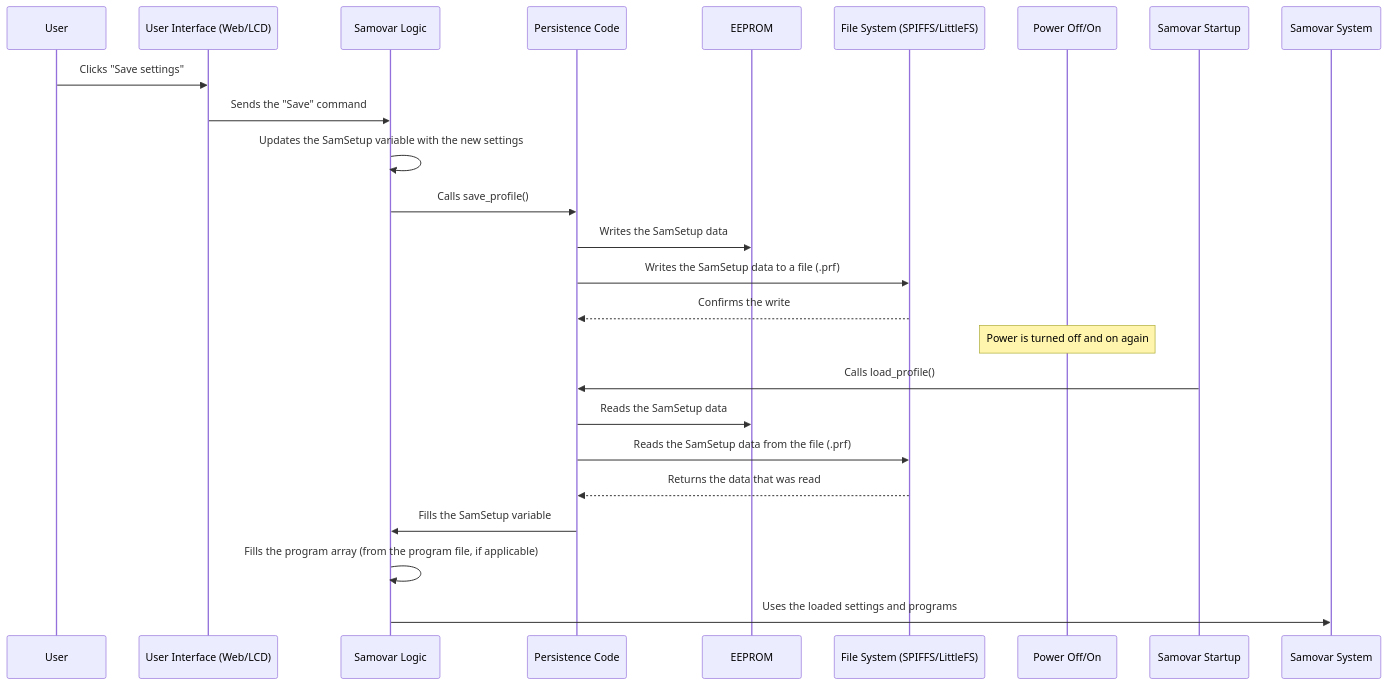
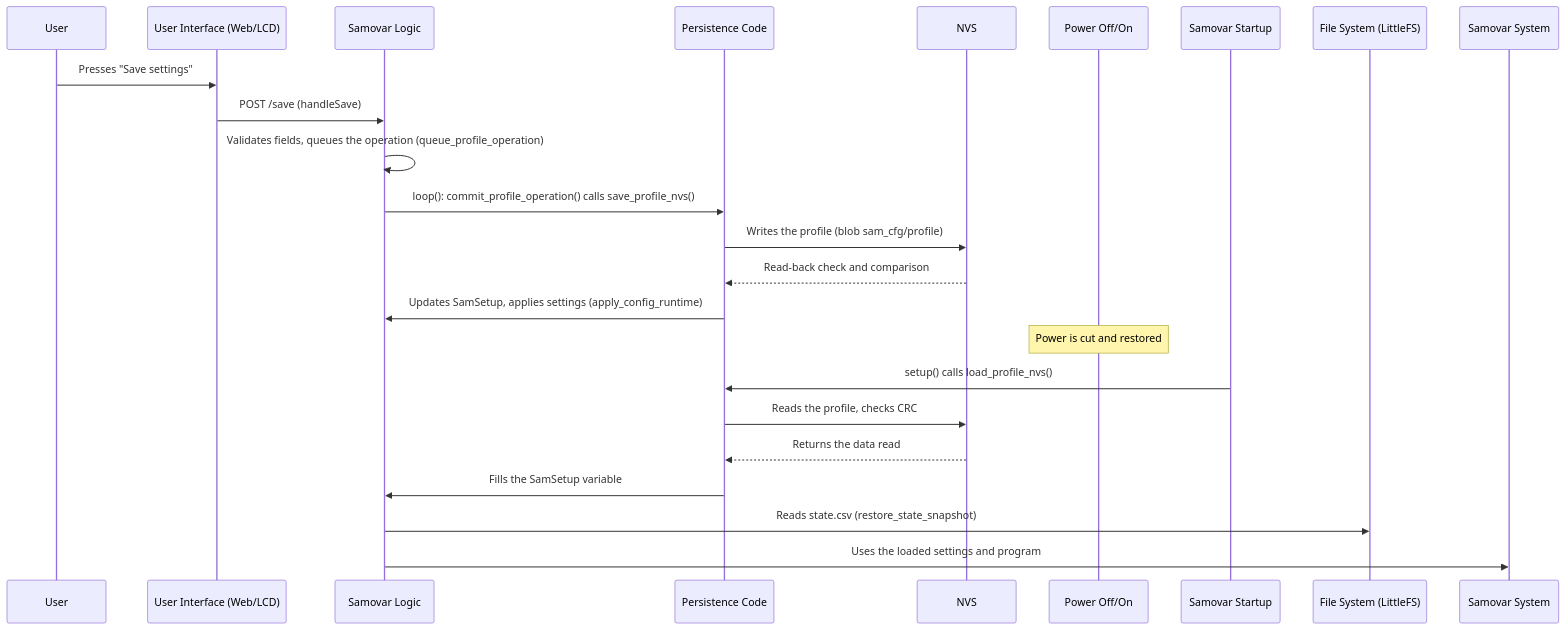
One commit to LKosoj/Samovar changed the diagram in doc/en/07_configuration_persistence_.md. Above: the diagram before and after it, drawn with Mermaid. The commit also changed other lines of this file and 35 other files, not shown here.

First line of the commit message:
Уточнение документации, схемы UI и тестов интерфейса

````diff
--- a/doc/en/07_configuration_persistence_.md
+++ b/doc/en/07_configuration_persistence_.md
@@ -85,20 +82,19 @@
 ```mermaid
 sequenceDiagram
-    User->>User Interface (Web/LCD): Clicks "Save settings"
-    User Interface (Web/LCD)->>Samovar Logic: Sends the "Save" command
-    Samovar Logic->>Samovar Logic: Updates the SamSetup variable with the new settings
-    Samovar Logic->>Persistence Code: Calls save_profile()
-    Persistence Code->>EEPROM: Writes the SamSetup data
-    Persistence Code->>File System (SPIFFS/LittleFS): Writes the SamSetup data to a file (.prf)
-    File System (SPIFFS/LittleFS)-->>Persistence Code: Confirms the write
+    User->>User Interface (Web/LCD): Presses "Save settings"
+    User Interface (Web/LCD)->>Samovar Logic: POST /save (handleSave)
+    Samovar Logic->>Samovar Logic: Validates fields, queues the operation (queue_profile_operation)
+    Samovar Logic->>Persistence Code: loop(): commit_profile_operation() calls save_profile_nvs()
+    Persistence Code->>NVS: Writes the profile (blob sam_cfg/profile)
+    NVS-->>Persistence Code: Read-back check and comparison
+    Persistence Code->>Samovar Logic: Updates SamSetup, applies settings (apply_config_runtime)
 
-    Note over Power Off/On: Power is turned off and on again
+    Note over Power Off/On: Power is cut and restored
 
-    Samovar Startup->>Persistence Code: Calls load_profile()
-    Persistence Code->>EEPROM: Reads the SamSetup data
-    Persistence Code->>File System (SPIFFS/LittleFS): Reads the SamSetup data from the file (.prf)
-    File System (SPIFFS/LittleFS)-->>Persistence Code: Returns the data that was read
+    Samovar Startup->>Persistence Code: setup() calls load_profile_nvs()
+    Persistence Code->>NVS: Reads the profile, checks CRC
+    NVS-->>Persistence Code: Returns the data read
     Persistence Code->>Samovar Logic: Fills the SamSetup variable
-    Samovar Logic->>Samovar Logic: Fills the program array (from the program file, if applicable)
-    Samovar Logic->>Samovar System: Uses the loaded settings and programs
+    Samovar Logic->>File System (LittleFS): Reads state.csv (restore_state_snapshot)
+    Samovar Logic->>Samovar System: Uses the loaded settings and program
 ```
````
